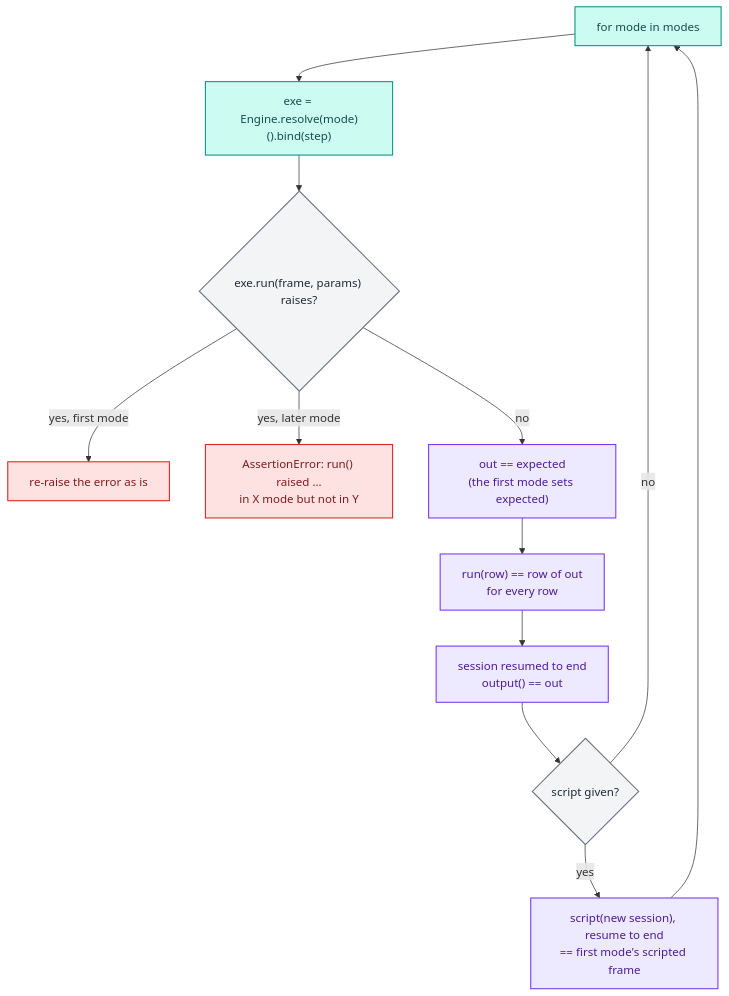
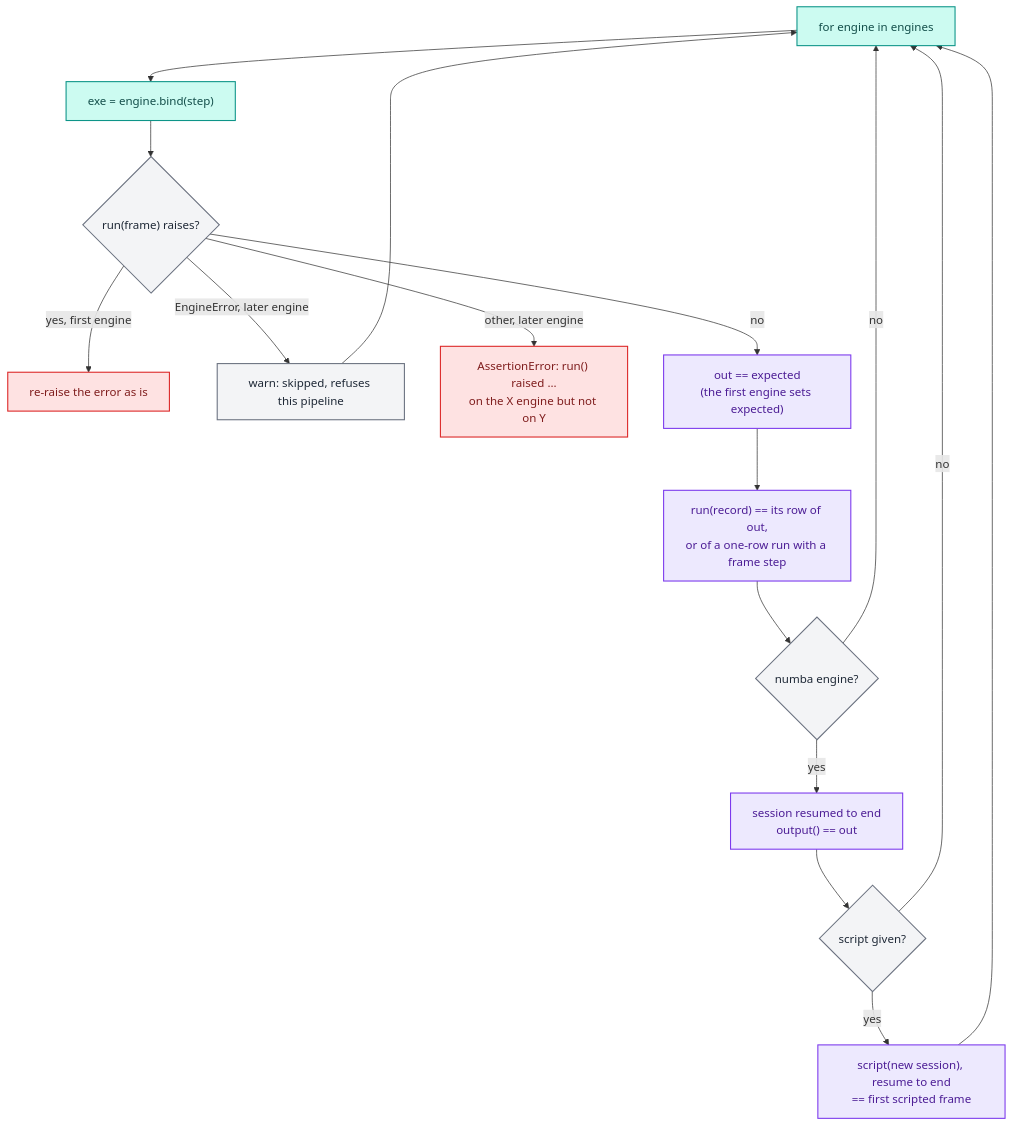
The first of 3 diagrams in docs/architecture/lab/testing.md (capitec/dsp-decision-engine), drawn with Mermaid before and after one commit. The commit also changed other lines of this file and 7 other files, not shown here.

Commit message:
docs: the polars engine: a guide section, a user guide page and an architecture page; assert_equivalent's engines in the lab and testing docs

````diff
--- a/docs/architecture/lab/testing.md
+++ b/docs/architecture/lab/testing.md
@@ -58,18 +66,22 @@
 ```mermaid
 flowchart TD
-  A["for mode in modes"]:::engine --> B["exe = Engine.resolve(mode)().bind(step)"]:::engine
-  B --> C{"exe.run(frame, params) raises?"}:::neutral
-  C -- "yes, first mode" --> E1["re-raise the error as is"]:::error
-  C -- "yes, later mode" --> E2["AssertionError: run() raised ...<br/>in X mode but not in Y"]:::error
-  C -- no --> D["out == expected<br/>(the first mode sets expected)"]:::tooling
-  D --> F["run(row) == row of out<br/>for every row"]:::tooling
-  F --> G["session resumed to end<br/>output() == out"]:::tooling
+  A["for engine in engines"]:::engine --> B["exe = engine.bind(step)"]:::engine
+  B --> C{"run(frame) raises?"}:::neutral
+  C -- "yes, first engine" --> E1["re-raise the error as is"]:::error
+  C -- "EngineError, later engine" --> W["warn: skipped, refuses this pipeline"]:::neutral
+  C -- "other, later engine" --> E2["AssertionError: run() raised ...<br/>on the X engine but not on Y"]:::error
+  C -- no --> D["out == expected<br/>(the first engine sets expected)"]:::tooling
+  D --> F["run(record) == its row of out,<br/>or of a one-row run with a frame step"]:::tooling
+  F --> N{"numba engine?"}:::neutral
+  N -- no --> A
+  W --> A
+  N -- yes --> G["session resumed to end<br/>output() == out"]:::tooling
   G --> H{"script given?"}:::neutral
-  H -- yes --> I["script(new session), resume to end<br/>== first mode's scripted frame"]:::tooling
+  H -- yes --> I["script(new session), resume to end<br/>== first scripted frame"]:::tooling
   H -- no --> A
   I --> A
   classDef engine fill:#ccfbf1,stroke:#0d9488,color:#134e4a,stroke-width:1.5px;
   classDef tooling fill:#ede9fe,stroke:#7c3aed,color:#4c1d95,stroke-width:1.5px;
   classDef neutral fill:#f3f4f6,stroke:#6b7280,color:#1f2937,stroke-width:1.5px;
   classDef error fill:#fee2e2,stroke:#dc2626,color:#7f1d1d,stroke-width:1.5px;
 ```
````
